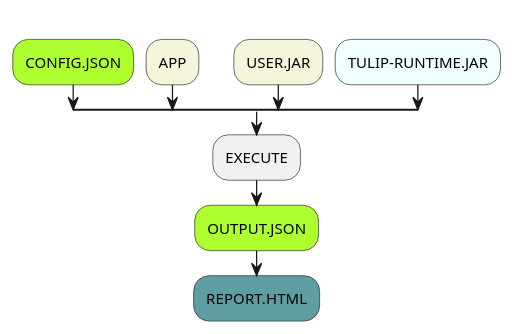
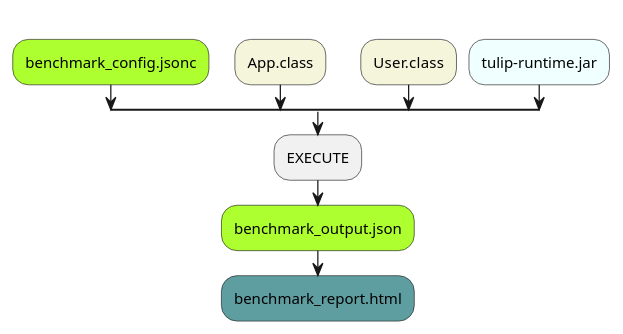
Before and after one commit to wfouche/wfouche.github.io: the diagram in Tulip/index.adoc, drawn with PlantUML. The commit also changed other lines of this file and 4 other files, not shown here.

```diff
--- a/Tulip/index.adoc
+++ b/Tulip/index.adoc
@@ -32,21 +27,21 @@
 [plantuml,diag00,svg]
 ----
 @startuml
 split
    -[hidden]->
-   #greenyellow:CONFIG.JSON;
+   #greenyellow:benchmark_config.jsonc;
 split again
    -[hidden]->
-   #beige:APP;
+   #beige:App.class;
 split again
    -[hidden]->
-   #beige:USER.JAR;
+   #beige:User.class;
 split again
    -[hidden]->
-   #azure:TULIP-RUNTIME.JAR;
+   #azure:tulip-runtime.jar;
 end split
 :EXECUTE;
-#greenyellow:OUTPUT.JSON;
-#cadetblue:REPORT.HTML;
+#greenyellow:benchmark_output.json;
+#cadetblue:benchmark_report.html;
 @enduml
 ----
```
